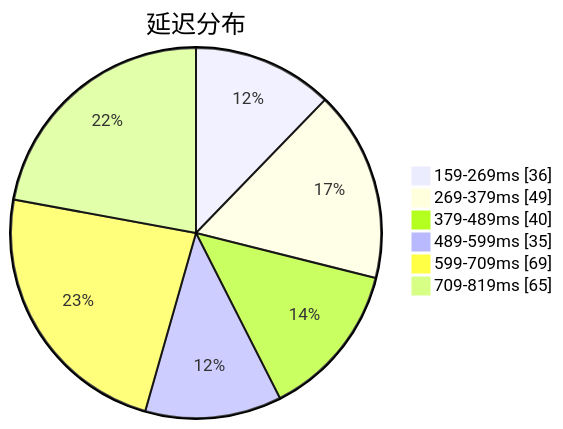
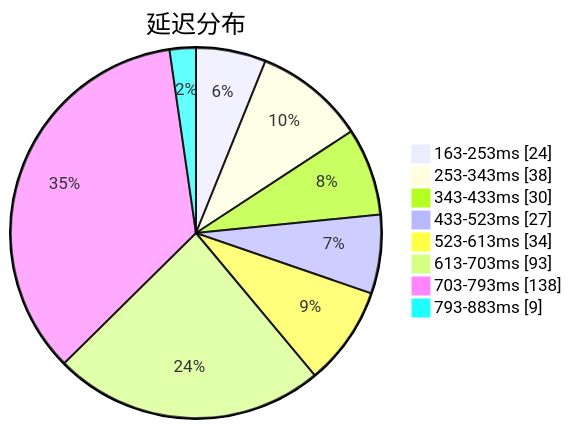
The first of 3 diagrams in subs/statistics/tested_within.md (qjlxg/airport), drawn with Mermaid before and after one commit. The commit also changed other lines of this file and 2 other files, not shown here.

Commit message:
Tested by metaST

````diff
--- a/subs/statistics/tested_within.md
+++ b/subs/statistics/tested_within.md
@@ -2,10 +2,12 @@
 ```mermaid
 pie showData
 title 延迟分布
-"159-269ms" : 36
-"269-379ms" : 49
-"379-489ms" : 40
-"489-599ms" : 35
-"599-709ms" : 69
-"709-819ms" : 65
+"163-253ms" : 24
+"253-343ms" : 38
+"343-433ms" : 30
+"433-523ms" : 27
+"523-613ms" : 34
+"613-703ms" : 93
+"703-793ms" : 138
+"793-883ms" : 9
 ```
````
